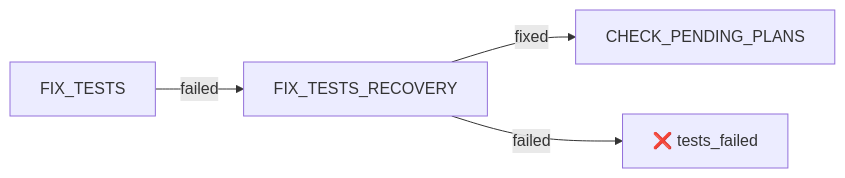
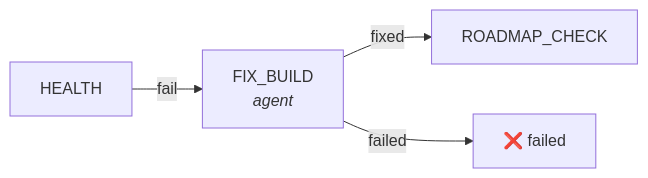
Before and after one commit to entropy-cloud/nop-entropy: the second of 3 diagrams in ai-dev/design/opencode-goal-driver/flow-engine-design.md, drawn with Mermaid. The commit also changed other lines of this file and 4 other files, not shown here.

````diff
--- a/ai-dev/design/opencode-goal-driver/flow-engine-design.md
+++ b/ai-dev/design/opencode-goal-driver/flow-engine-design.md
@@ -517,6 +420,6 @@
 ```mermaid
 flowchart LR
-    A[FIX_TESTS] -->|failed| B[FIX_TESTS_RECOVERY]
-    B -->|fixed| C[CHECK_PENDING_PLANS]
-    B -->|failed| D[❌ tests_failed]
+    HEALTH -->|fail| FIX["FIX_BUILD<br/><i>agent</i>"]
+    FIX -->|fixed| ROADMAP_CHECK
+    FIX -->|failed| DONE["❌ failed"]
 ```
````
